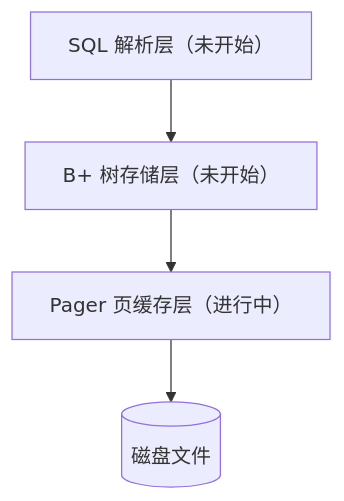
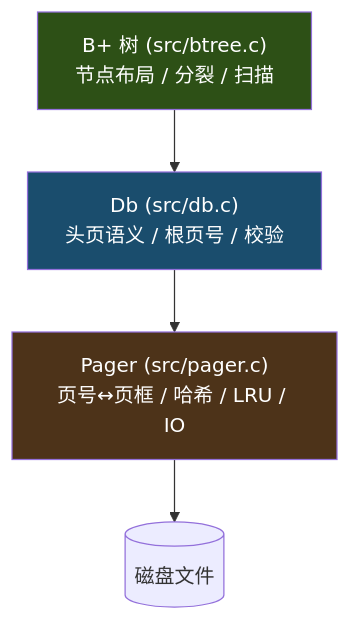
The diagram in README.md (xyt-dc/minisql), drawn with Mermaid before and after one commit. The commit also changed other lines of this file and 54 other files, not shown here.

````diff
--- a/README.md
+++ b/README.md
@@ -26,6 +35,10 @@
 ```mermaid
 graph TD
-    A["SQL 解析层（未开始）"] --> B["B+ 树存储层（未开始）"]
-    B --> C["Pager 页缓存层（进行中）"]
+    A["B+ 树 (src/btree.c)<br/>节点布局 / 分裂 / 扫描"] --> B["Db (src/db.c)<br/>头页语义 / 根页号 / 校验"]
+    B --> C["Pager (src/pager.c)<br/>页号↔页框 / 哈希 / LRU / IO"]
     C --> D[("磁盘文件")]
+
+    style A fill:#2d5016,color:#fff
+    style B fill:#1a4d6d,color:#fff
+    style C fill:#4d3319,color:#fff
 ```
````
